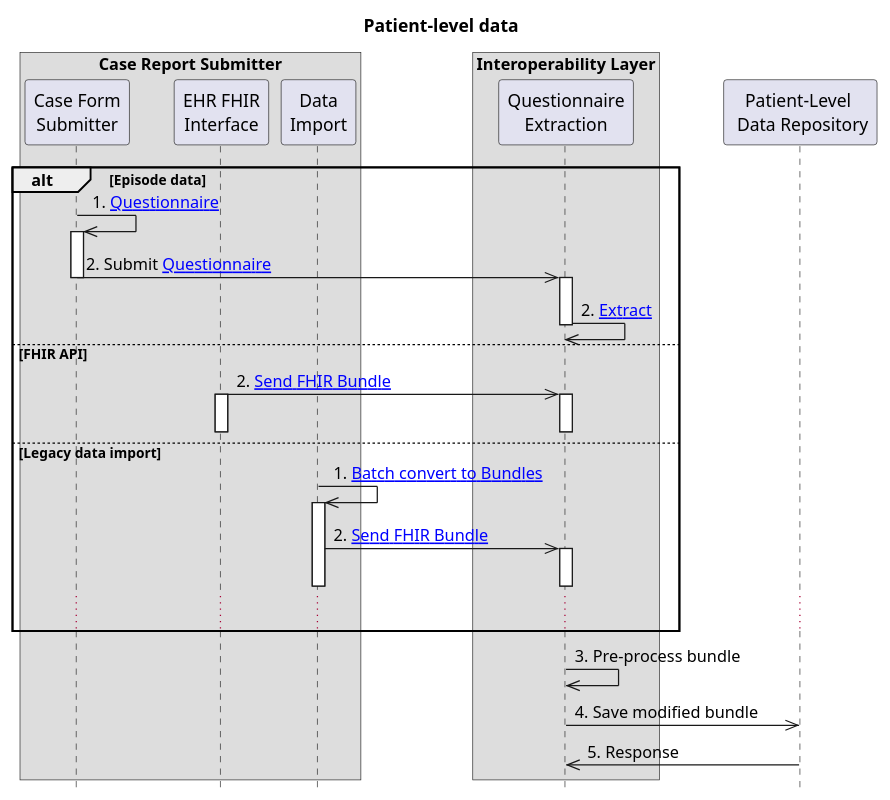
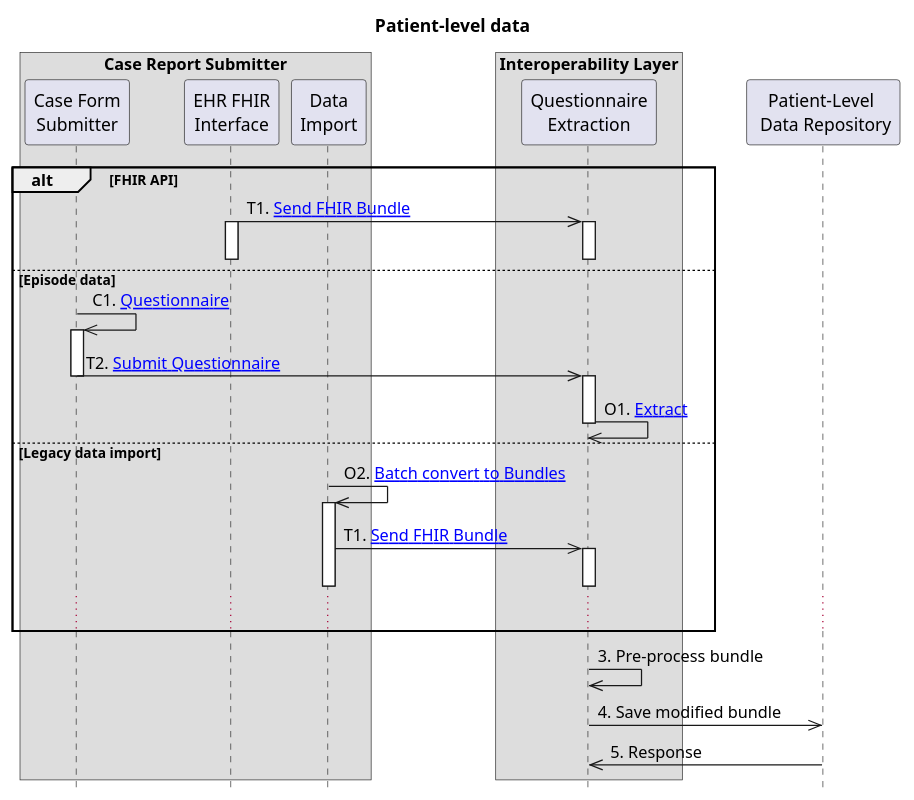
The second of 2 diagrams in docs/overview.md (costateixeira/cr-architecture), drawn with PlantUML before and after one commit.

```diff
--- a/docs/overview.md
+++ b/docs/overview.md
@@ -40,45 +40,45 @@
 {% plantuml %}
 @startuml
 hide footbox
 title Patient-level data 
     box Case Report Submitter
       participant "Case Form\nSubmitter" as POC1
       participant "EHR FHIR\nInterface" as POC2
       participant "Data\nImport" as POC3
     end box
     box Interoperability Layer
         participant "Questionnaire\nExtraction" as IOL
     end box
     participant "Patient-Level \n Data Repository" as R
 
-    alt Episode data
-      POC1->>POC1: 1. [[./content-2.html Questionnaire]]
-      activate POC1
-      POC1->>IOL: 2. Submit [[./transaction-2.html Questionnaire]]
-      deactivate POC1
-      activate IOL
-      IOL->>IOL: 2. [[./operation-1.html Extract]]
-      deactivate IOL
-    else FHIR API
+    alt FHIR API
 '      POC2->>POC2: 1. [[./content-1.html Create FHIR Bundle]]
-      POC2->>IOL: 2. [[./transaction-1.html{Transaction 1 specifications} Send FHIR Bundle]]
+      POC2->>IOL: T1. [[./transaction-1.html{Transaction 1 specifications} Send FHIR Bundle]]
       activate IOL
       activate POC2
       deactivate POC2
       deactivate IOL
+    else Episode data
+      POC1->>POC1: C1. [[./content-2.html Questionnaire]]
+      activate POC1
+      POC1->>IOL: T2. [[./transaction-2.html Submit Questionnaire]]
+      deactivate POC1
+      activate IOL
+      IOL->>IOL: O1. [[./operation-1.html Extract]]
+      deactivate IOL
 
     else Legacy data import
-      POC3->>POC3: 1. [[./operation-2.html Batch convert to Bundles]]
+      POC3->>POC3: O2. [[./operation-2.html Batch convert to Bundles]]
       activate POC3
-      POC3->>IOL: 2. [[./transaction-1.html{Transaction 1 specifications} Send FHIR Bundle]]
+      POC3->>IOL: T1. [[./transaction-1.html{Transaction 1 specifications} Send FHIR Bundle]]
       activate IOL
       deactivate POC3
       deactivate IOL
       ...
     end
 
     IOL->>IOL: 3. Pre-process bundle
     IOL->>R: 4. Save modified bundle
     R->>IOL: 5. Response
 @enduml
 {% endplantuml %}
```
